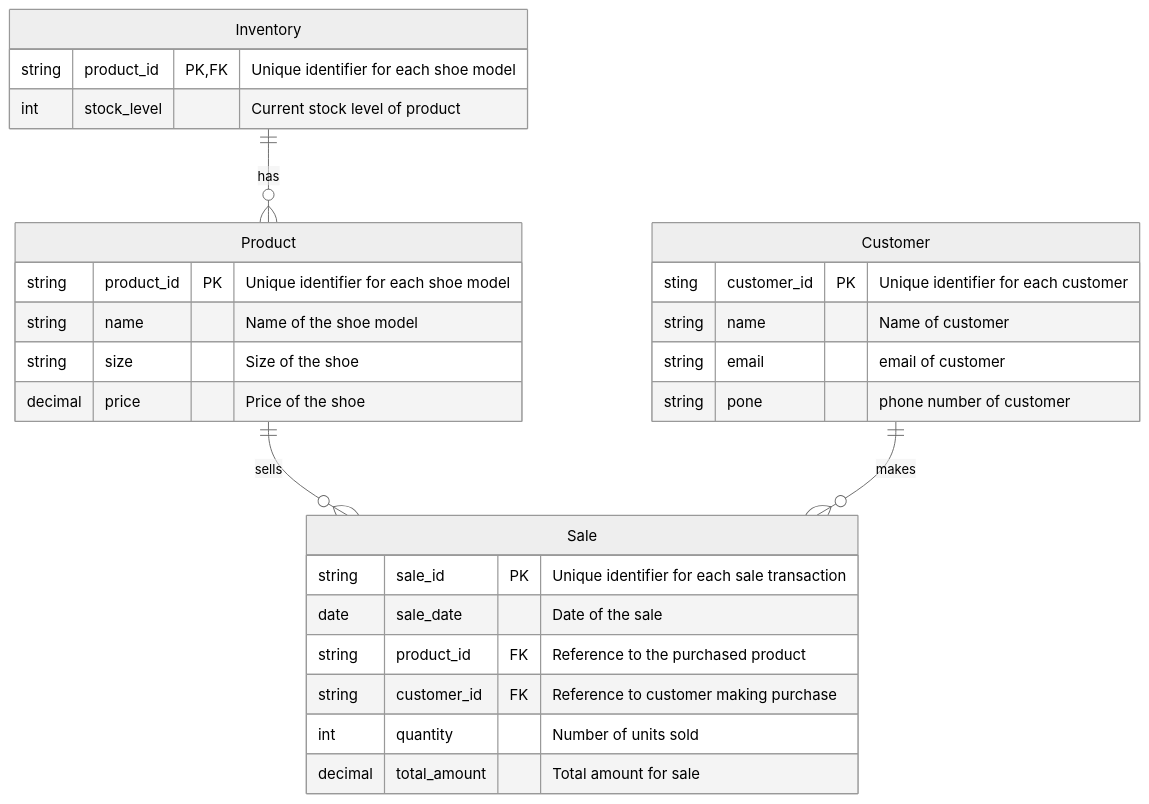
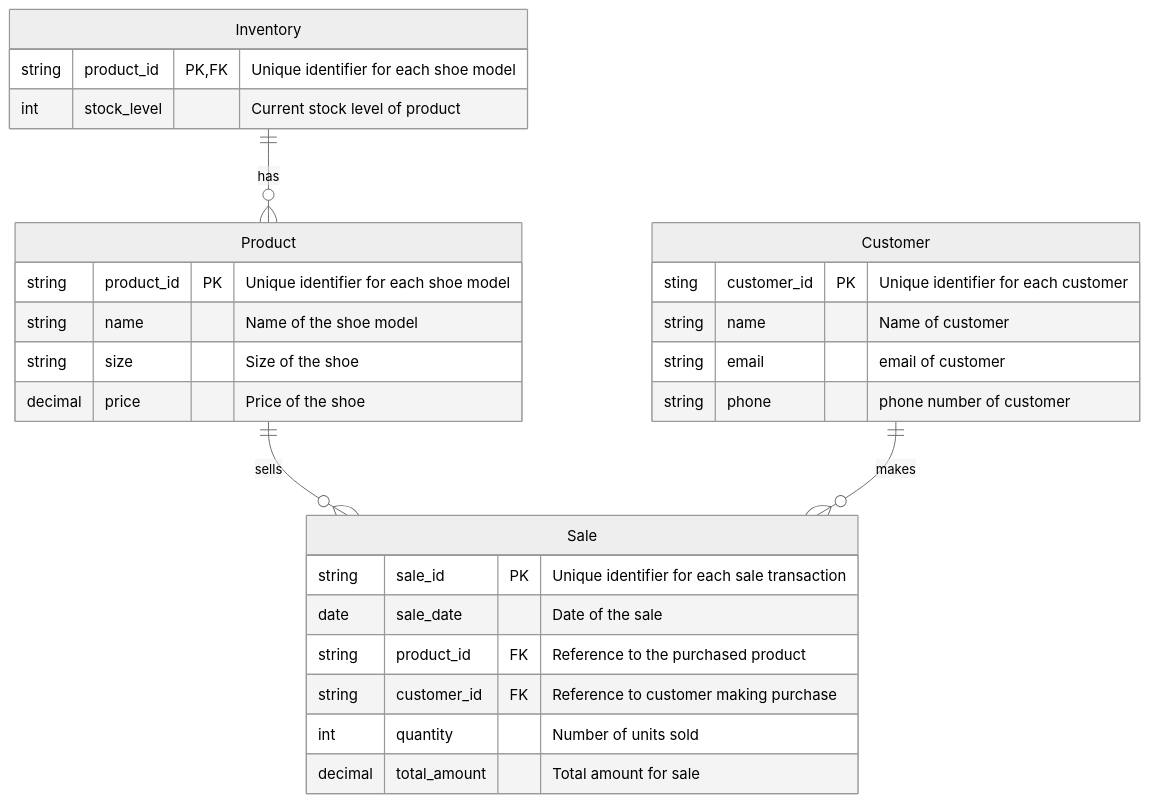
One commit to TyAKato/NikeStore_ERD.md changed the diagram in README.md. Above: the diagram before and after it, drawn with Mermaid (neutral theme).

````diff
--- a/README.md
+++ b/README.md
@@ -4,31 +4,31 @@
 ```mermaid 
 erDiagram 
     Product {
     string product_id PK "Unique identifier for each shoe model"
     string name "Name of the shoe model" 
     string size "Size of the shoe" 
     decimal price "Price of the shoe"
     }
     Customer {
     sting customer_id PK "Unique identifier for each customer"
     string name "Name of customer"
     string email "email of customer"
-    string pone "phone number of customer" 
+    string phone "phone number of customer" 
     } 
     Sale {
     string sale_id PK "Unique identifier for each sale transaction"
     date sale_date "Date of the sale"
     string product_id FK "Reference to the purchased product"
     string customer_id FK "Reference to customer making purchase"
     int quantity "Number of units sold"
     decimal total_amount "Total amount for sale" 
     }
     Inventory {
     string product_id PK, FK "Unique identifier for each shoe model"
     int stock_level "Current stock level of product" 
     }
 
 Product ||--o{ Sale : sells
 Customer ||--o{ Sale : makes
 Inventory ||--o{ Product : has
 ```
````
